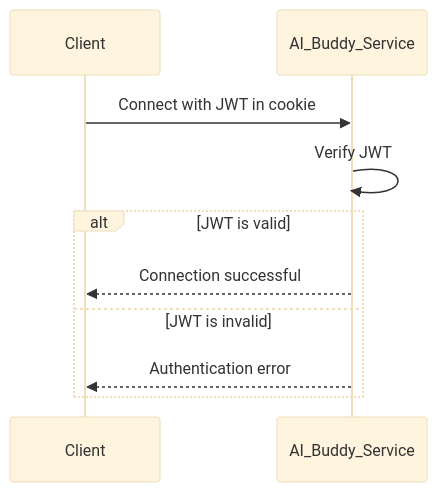
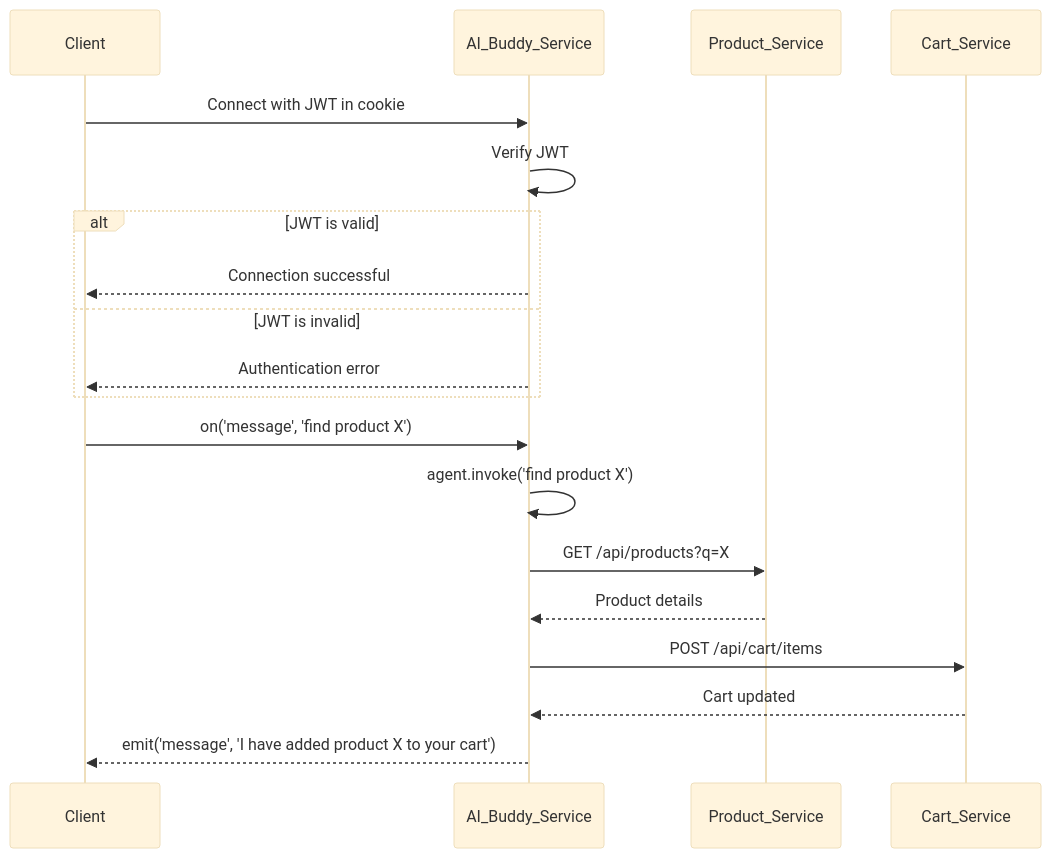
The seventh of 7 diagrams in README.md (priyanshu-samal/microBazaar), drawn with Mermaid (base theme) before and after one commit. The commit also changed other lines of this file, not shown here.

````diff
--- a/README.md
+++ b/README.md
@@ -268,13 +298,21 @@
 ```mermaid
 sequenceDiagram
     participant Client
     participant AI_Buddy_Service
     
     Client->>AI_Buddy_Service: Connect with JWT in cookie
     AI_Buddy_Service->>AI_Buddy_Service: Verify JWT
     alt JWT is valid
         AI_Buddy_Service-->>Client: Connection successful
     else JWT is invalid
         AI_Buddy_Service-->>Client: Authentication error
     end
+    
+    Client->>AI_Buddy_Service: on('message', 'find product X')
+    AI_Buddy_Service->>AI_Buddy_Service: agent.invoke('find product X')
+    AI_Buddy_Service->>Product_Service: GET /api/products?q=X
+    Product_Service-->>AI_Buddy_Service: Product details
+    AI_Buddy_Service->>Cart_Service: POST /api/cart/items
+    Cart_Service-->>AI_Buddy_Service: Cart updated
+    AI_Buddy_Service-->>Client: emit('message', 'I have added product X to your cart')
 ```
````
